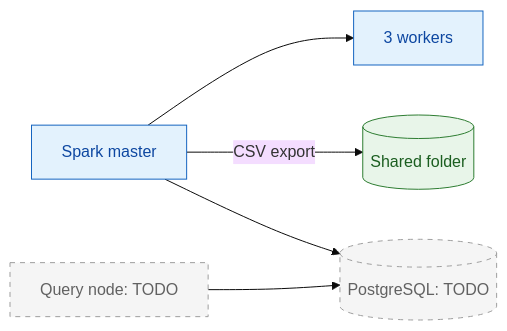
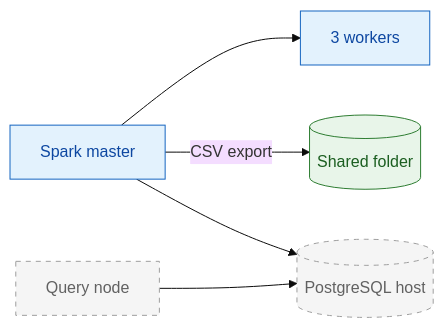
Before and after one commit to AmalKhaled28/doc: the diagram in diagrams/src/02-node-roles.mmd, drawn with Mermaid (base theme). The commit also changed 9 other files, not shown here.

Commit message:
Update docs baseline, diagrams, and add FILL-IN checklist

```diff
--- a/diagrams/src/02-node-roles.mmd
+++ b/diagrams/src/02-node-roles.mmd
@@ -1,16 +1,16 @@
 flowchart LR
     M["Spark master"]:::svc
     W["3 workers"]:::svc
     SH[("Shared folder")]:::store
-    PG[("PostgreSQL: TODO")]:::proposed
-    QN["Query node: TODO"]:::proposed
+    PG[("PostgreSQL host")]:::proposed
+    QN["Query node"]:::proposed
 
     M --> W
     M -->|"CSV export"| SH
     M --> PG
     QN --> PG
 
     classDef svc fill:#E3F2FD,stroke:#1565C0,color:#0D47A1
     classDef store fill:#E8F5E9,stroke:#2E7D32,color:#1B5E20
     classDef ext fill:#FFF3E0,stroke:#EF6C00,color:#E65100
     classDef proposed fill:#F5F5F5,stroke:#9E9E9E,stroke-dasharray:5 5,color:#616161
```
